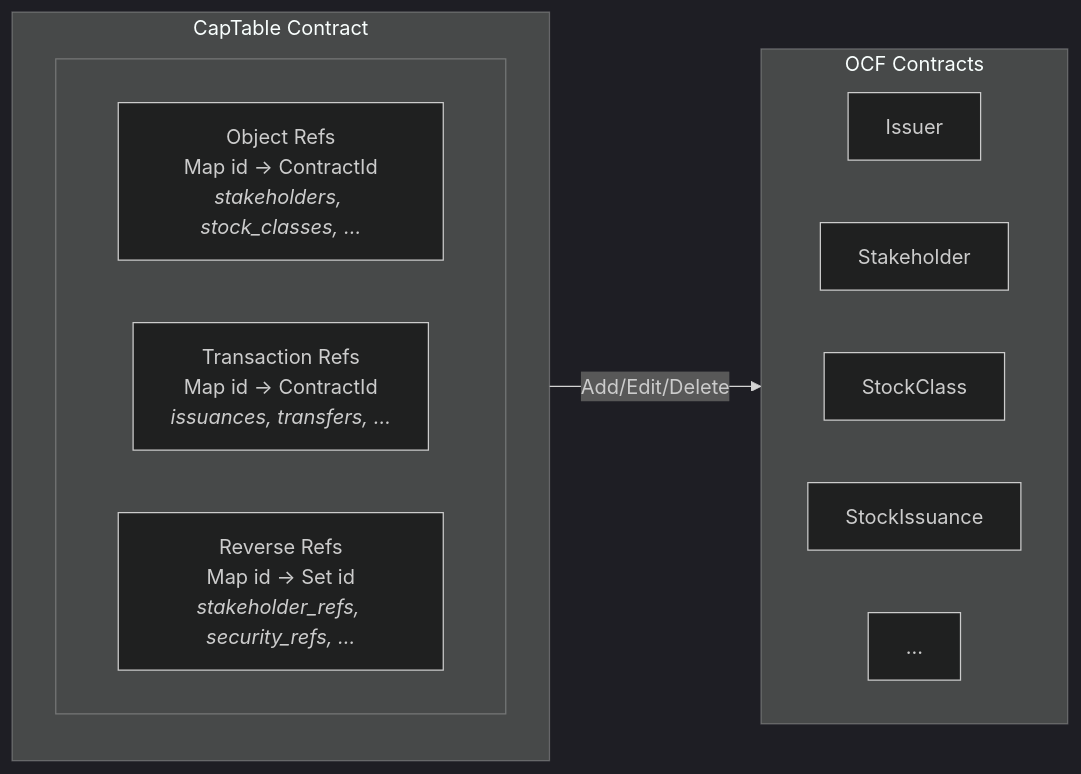
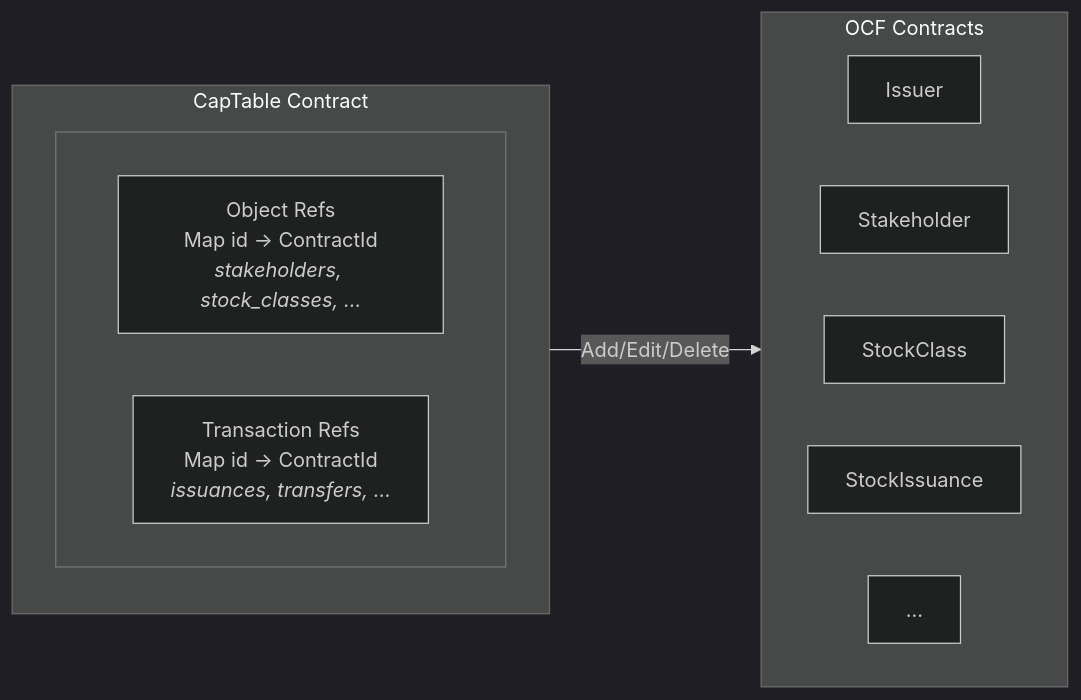
One commit to Fairmint/open-captable-protocol-daml changed the diagram in docs/adr/002-stateful-issuer-with-position-tracking.md. Above: the diagram before and after it, drawn with Mermaid (dark theme). The commit also changed other lines of this file, not shown here.

Commit message:
Simplify ADR: remove reverse-reference indexes, add as future consideration

````diff
--- a/docs/adr/002-stateful-issuer-with-position-tracking.md
+++ b/docs/adr/002-stateful-issuer-with-position-tracking.md
@@ -49,24 +47,23 @@
 ```mermaid
 graph LR
     subgraph CapTable["CapTable Contract"]
         direction TB
 
         subgraph " "
             direction LR
             Objects["Object Refs<br/>Map id → ContractId<br/><i>stakeholders, stock_classes, ...</i>"]
             Transactions["Transaction Refs<br/>Map id → ContractId<br/><i>issuances, transfers, ...</i>"]
-            ReverseRefs["Reverse Refs<br/>Map id → Set id<br/><i>stakeholder_refs, security_refs, ...</i>"]
         end
     end
 
     CapTable -->|"Add/Edit/Delete"| OCF
 
     subgraph OCF["OCF Contracts"]
         direction LR
         C1[Issuer]
         C2[Stakeholder]
         C3[StockClass]
         C4[StockIssuance]
         C5[...]
     end
 ```
````
